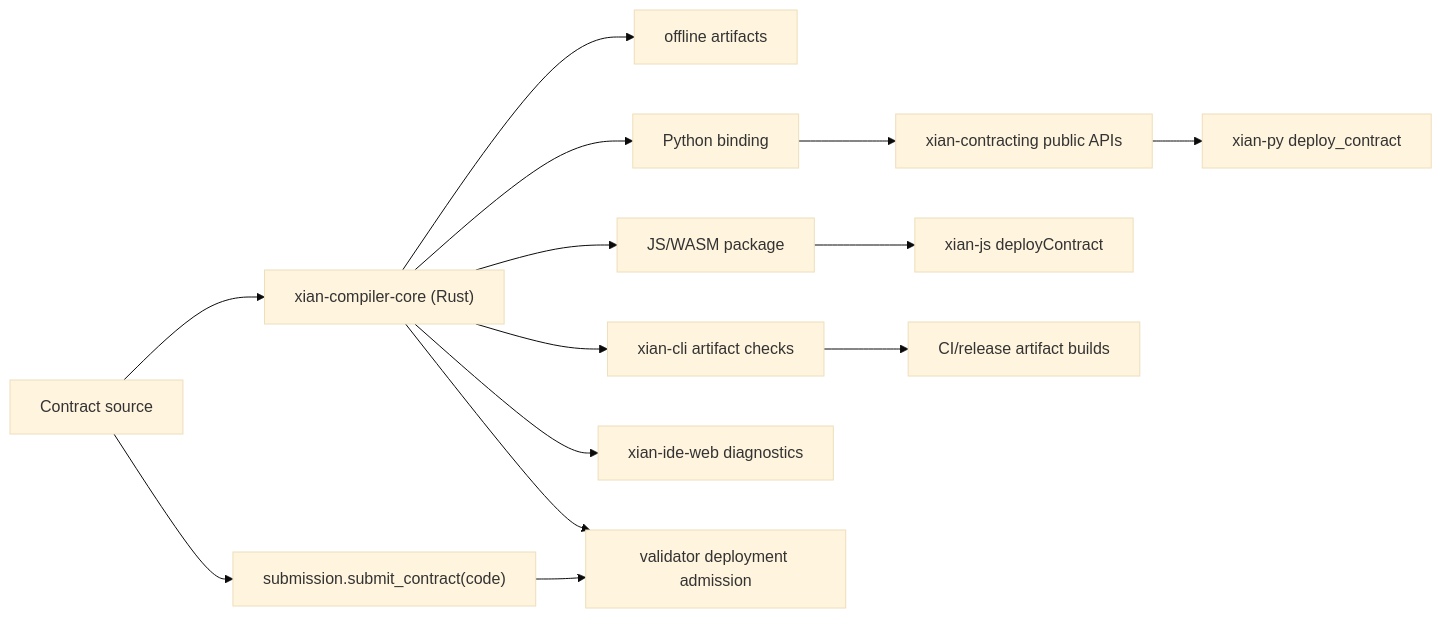
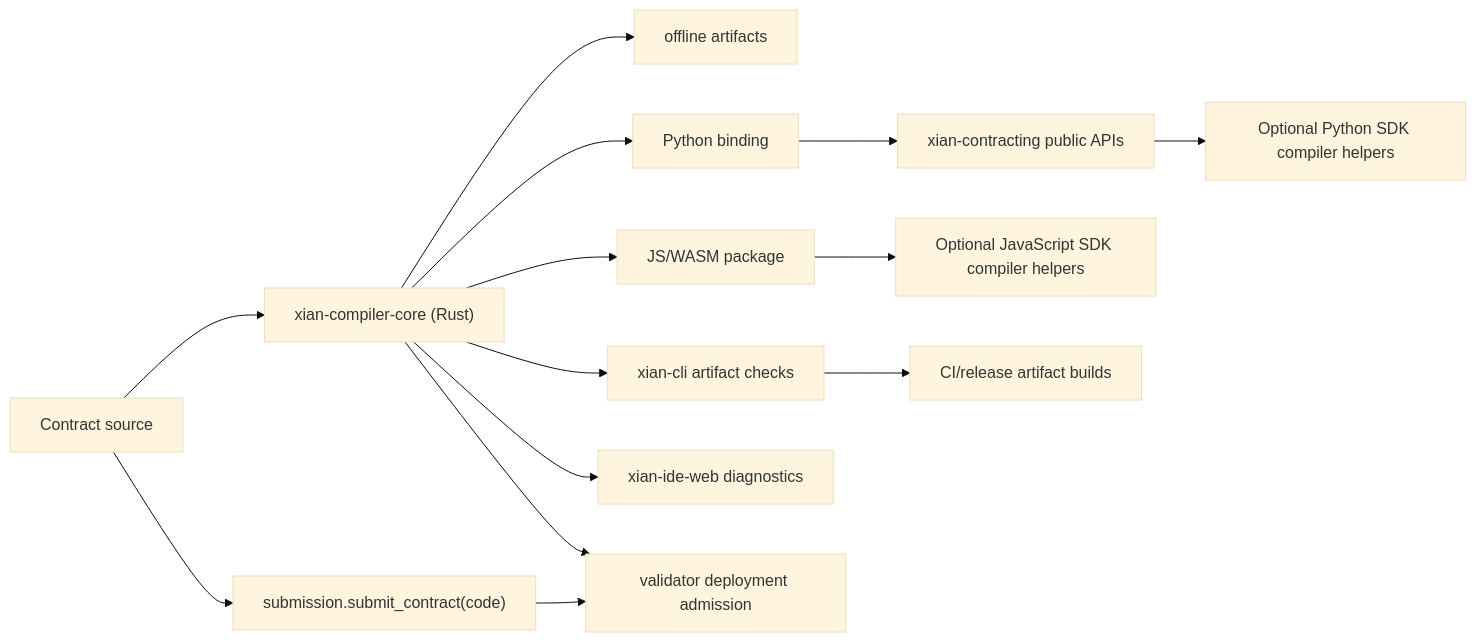
One commit to xian-technology/xian-contracting changed the diagram in docs/RUST_COMPILER_CORE.md. Above: the diagram before and after it, drawn with Mermaid (base theme). The commit also changed other lines of this file and 2 other files, not shown here.

Commit message:
docs: update compiler APIs and shielded state notes

````diff
--- a/docs/RUST_COMPILER_CORE.md
+++ b/docs/RUST_COMPILER_CORE.md
@@ -111,16 +110,16 @@
 ```mermaid
 flowchart LR
   Source["Contract source"] --> Core["xian-compiler-core (Rust)"]
   Core --> Artifacts["offline artifacts"]
   Core --> Py["Python binding"]
   Core --> Js["JS/WASM package"]
   Core --> Cli["xian-cli artifact checks"]
   Core --> Ide["xian-ide-web diagnostics"]
   Core --> Node["validator deployment admission"]
   Py --> Contracting["xian-contracting public APIs"]
-  Contracting --> XianPy["xian-py deploy_contract"]
-  Js --> XianJs["xian-js deployContract"]
+  Contracting --> XianPy["Optional Python SDK compiler helpers"]
+  Js --> XianJs["Optional JavaScript SDK compiler helpers"]
   Cli --> CI["CI/release artifact builds"]
   Source --> Submit["submission.submit_contract(code)"]
   Submit --> Node
 ```
````
